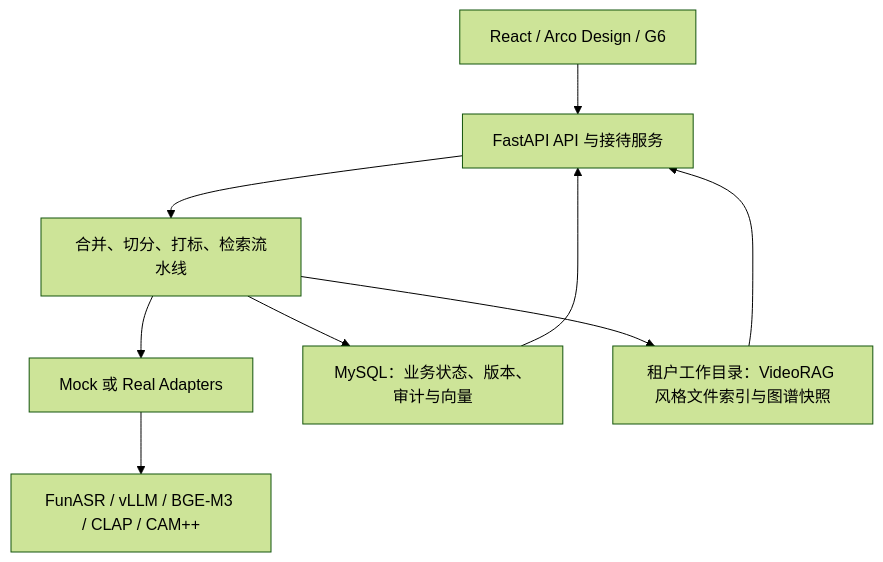
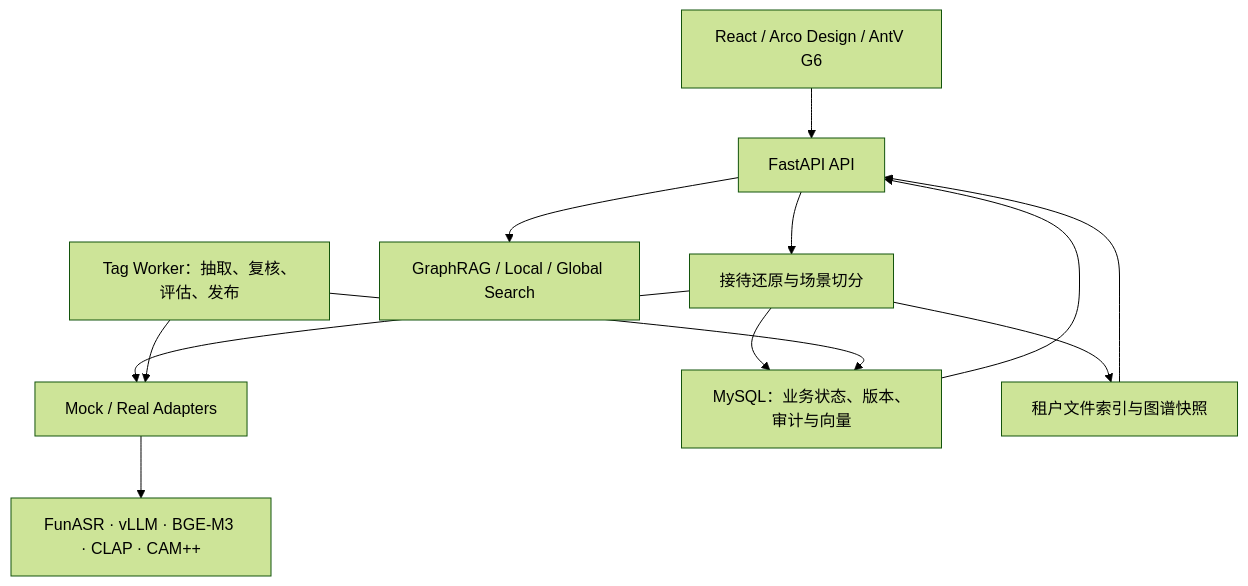
Before and after one commit to g5n-dev/audio_graphy: the third of 3 diagrams in README.md, drawn with Mermaid (forest theme). The commit also changed other lines of this file and 12 other files, not shown here.

````diff
--- a/README.md
+++ b/README.md
@@ -212,11 +272,14 @@
 ```mermaid
 flowchart TB
-    UI["React / Arco Design / G6"] --> API["FastAPI API 与接待服务"]
-    API --> PIPE["合并、切分、打标、检索流水线"]
-    PIPE --> ADAPTER["Mock 或 Real Adapters"]
-    ADAPTER --> MODEL["FunASR / vLLM / BGE-M3 / CLAP / CAM++"]
-    PIPE --> MYSQL["MySQL：业务状态、版本、审计与向量"]
-    PIPE --> INDEX["租户工作目录：VideoRAG 风格文件索引与图谱快照"]
+    UI["React / Arco Design / AntV G6"] --> API["FastAPI API"]
+    API --> RECEPTION["接待还原与场景切分"]
+    API --> QUERY["GraphRAG / Local / Global Search"]
+    RECEPTION --> ADAPTER["Mock / Real Adapters"]
+    ADAPTER --> MODEL["FunASR · vLLM · BGE-M3 · CLAP · CAM++"]
+    RECEPTION --> MYSQL["MySQL：业务状态、版本、审计与向量"]
+    RECEPTION --> INDEX["租户文件索引与图谱快照"]
+    WORKER["Tag Worker：抽取、复核、评估、发布"] --> MYSQL
+    WORKER --> ADAPTER
     MYSQL --> API
     INDEX --> API
 ```
````
